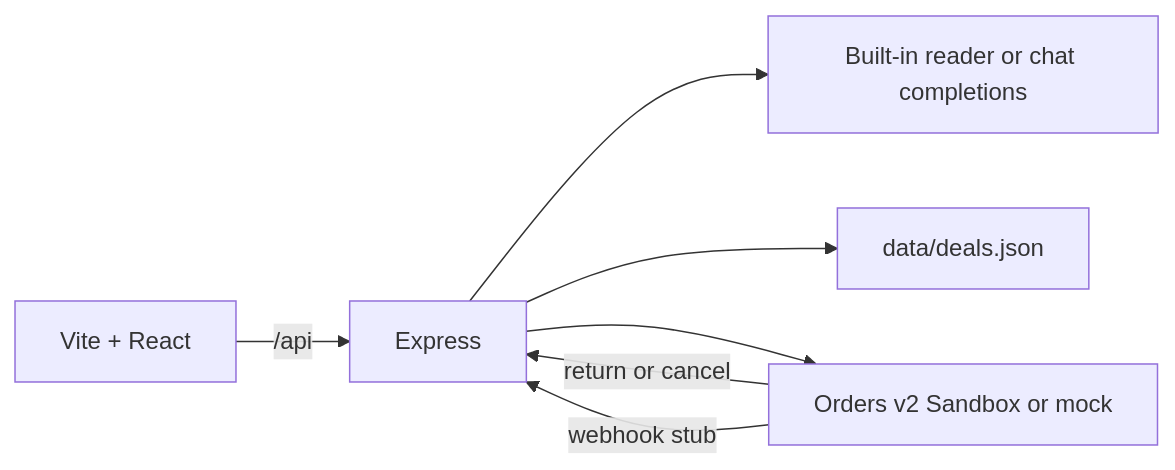
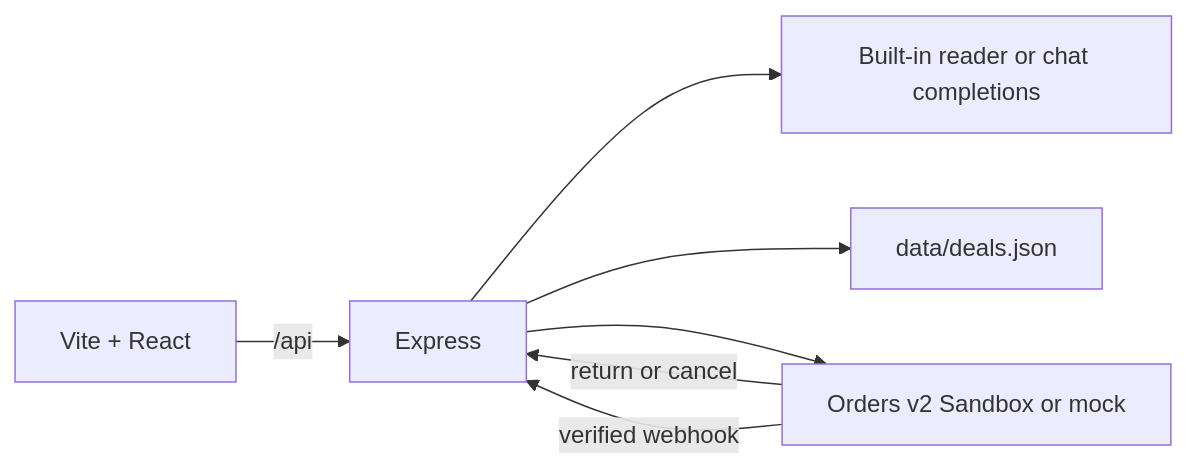
One commit to happy-star/payguard changed the diagram in README.md. Above: the diagram before and after it, drawn with Mermaid. The commit also changed other lines of this file and 8 other files, not shown here.

First line of the commit message:
Fail closed on unverified PayPal sandbox webhooks.

````diff
--- a/README.md
+++ b/README.md
@@ -103,9 +129,9 @@
 ```mermaid
 flowchart LR
   UI["Vite + React"] -->|/api| API["Express"]
   API --> Reader["Built-in reader or chat completions"]
   API --> Store["data/deals.json"]
   API --> PayPal["Orders v2 Sandbox or mock"]
   PayPal -->|return or cancel| API
-  PayPal -->|webhook stub| API
+  PayPal -->|verified webhook| API
 ```
````
